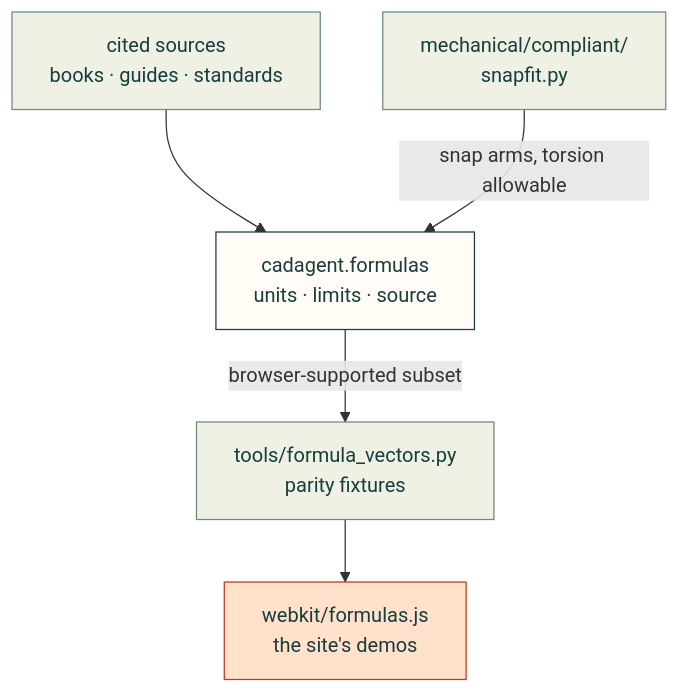
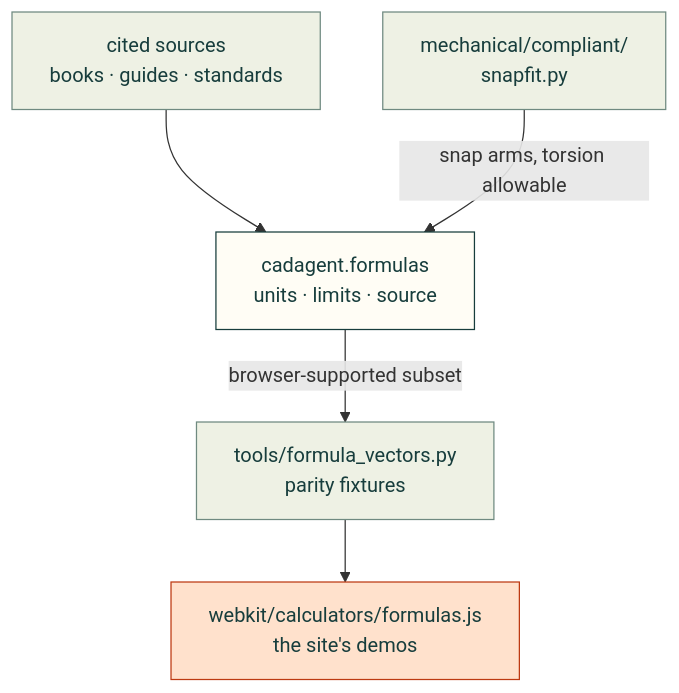
One commit to Valpatel/cad-agent changed the first of 2 diagrams in software/cadagent/formulas/README.md. Above: the diagram before and after it, drawn with Mermaid. The commit also changed other lines of this file and 150 other files, not shown here.

````diff
--- a/software/cadagent/formulas/README.md
+++ b/software/cadagent/formulas/README.md
@@ -32,18 +32,18 @@
 ```mermaid
 flowchart TD
     S["cited sources<br/>books · guides · standards"]
     F["cadagent.formulas<br/>units · limits · source"]
     C["mechanical/compliant/<br/>snapfit.py"]
     V["tools/formula_vectors.py<br/>parity fixtures"]
-    W["webkit/formulas.js<br/>the site's demos"]
+    W["webkit/calculators/formulas.js<br/>the site's demos"]
     S --> F
     C -->|"snap arms, torsion allowable"| F
     F -->|"browser-supported subset"| V
     V --> W
     classDef here fill:#fffdf5,stroke:#173d3c,color:#173d3c
     classDef near fill:#eef1e4,stroke:#6f8a80,color:#173d3c
     classDef out fill:#ffe1cc,stroke:#bd3a12,color:#173d3c
     class F here
     class S,C,V near
     class W out
 ```
````
